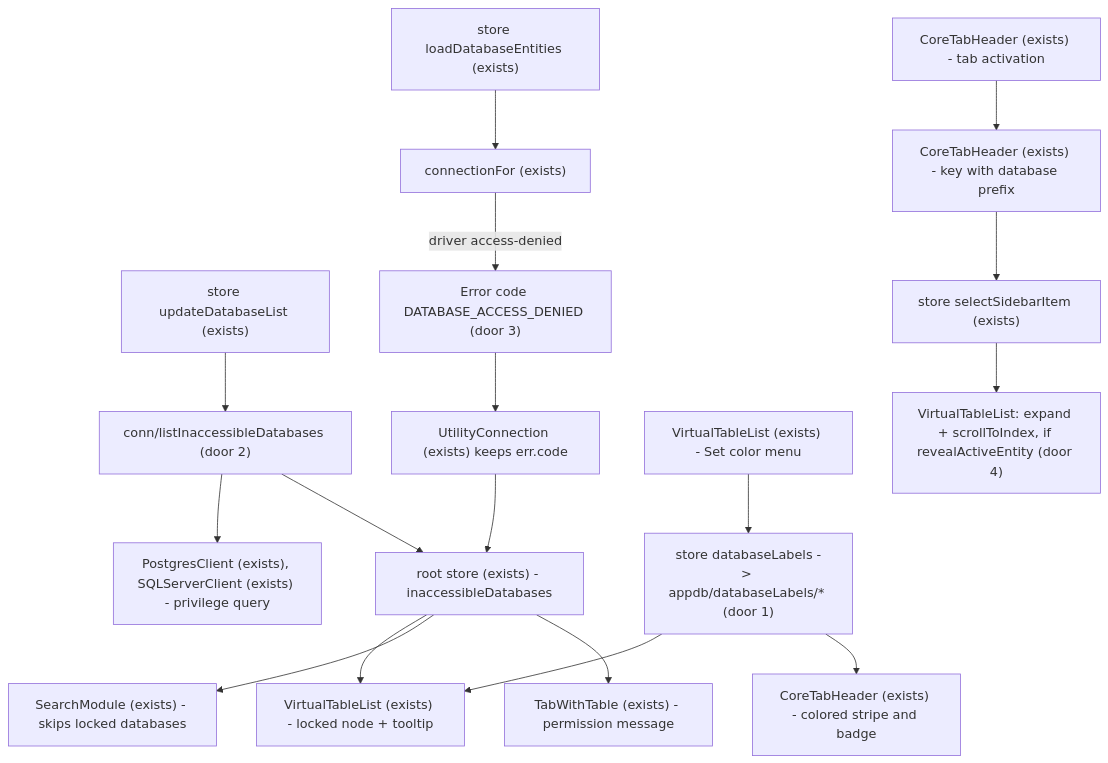
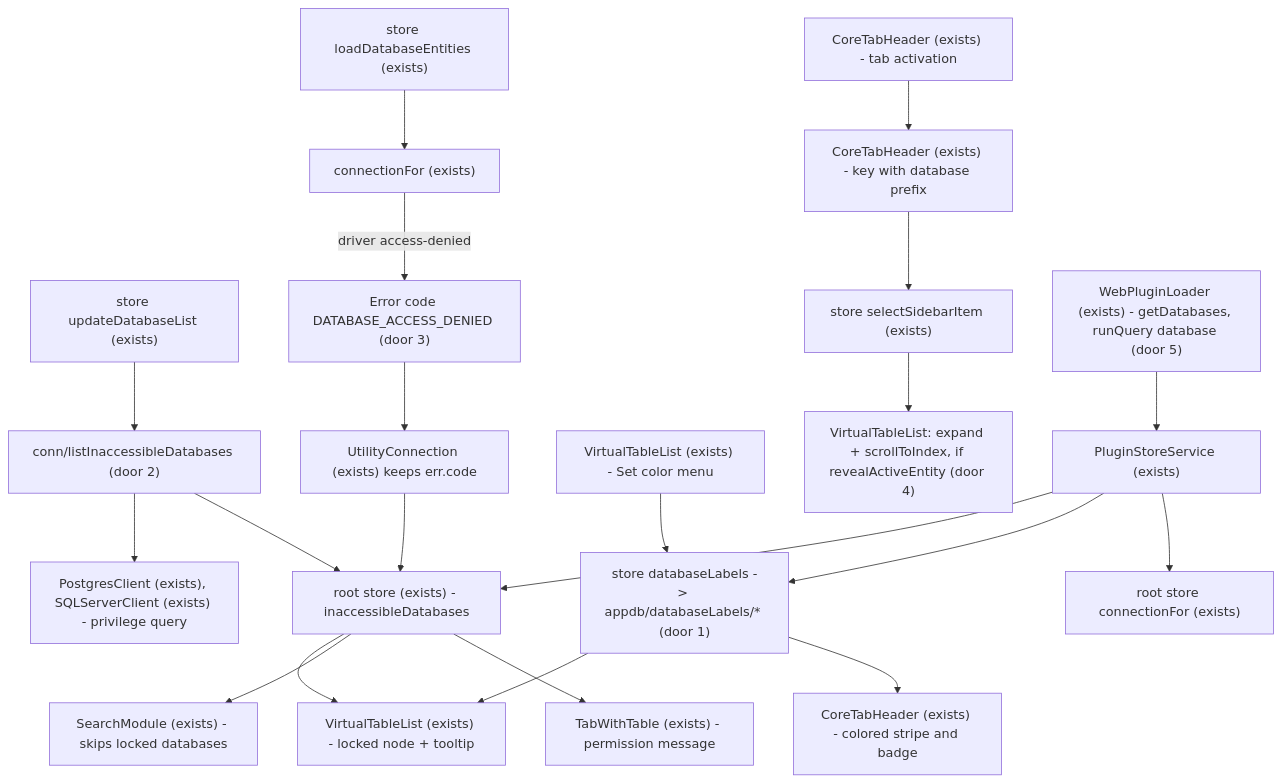
The first of 2 diagrams in .specs/features/multi-database-polish/plan.md (thihxm/beekeeper-studio), drawn with Mermaid before and after one commit. The commit also changed 4 other files, not shown here.

Commit message:
feat(plugins): expose databases, per-database queries and tab databases

````diff
--- a/.specs/features/multi-database-polish/plan.md
+++ b/.specs/features/multi-database-polish/plan.md
@@ -29,19 +29,23 @@
 ```mermaid
 flowchart TD
     UDL["store updateDatabaseList (exists)"] --> LID["conn/listInaccessibleDatabases (door 2)"]
     LID --> PG["PostgresClient (exists), SQLServerClient (exists) - privilege query"]
     LDE["store loadDatabaseEntities (exists)"] --> CF["connectionFor (exists)"]
     CF -->|driver access-denied| ERR["Error code DATABASE_ACCESS_DENIED (door 3)"]
     ERR --> UC["UtilityConnection (exists) keeps err.code"]
     UC --> INA["root store (exists) - inaccessibleDatabases"]
     LID --> INA
     INA --> VTL["VirtualTableList (exists) - locked node + tooltip"]
     INA --> QS["SearchModule (exists) - skips locked databases"]
     INA --> TWT["TabWithTable (exists) - permission message"]
     CM["VirtualTableList (exists) - Set color menu"] --> DL["store databaseLabels -> appdb/databaseLabels/* (door 1)"]
     DL --> VTL
     DL --> CTH["CoreTabHeader (exists) - colored stripe and badge"]
     ACT["CoreTabHeader (exists) - tab activation"] --> KEY["CoreTabHeader (exists) - key with database prefix"]
     KEY --> SEL["store selectSidebarItem (exists)"]
     SEL --> REV["VirtualTableList: expand + scrollToIndex, if revealActiveEntity (door 4)"]
+    PLG["WebPluginLoader (exists) - getDatabases, runQuery database (door 5)"] --> PSS["PluginStoreService (exists)"]
+    PSS --> INA
+    PSS --> DL
+    PSS --> CFG["root store connectionFor (exists)"]
 ```
````
